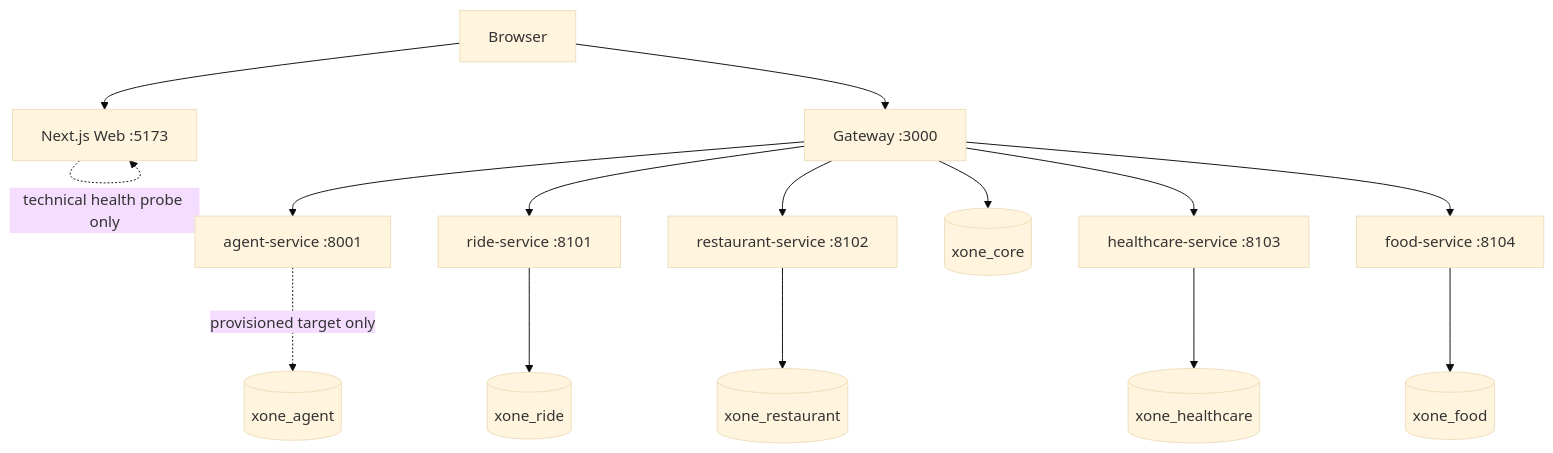
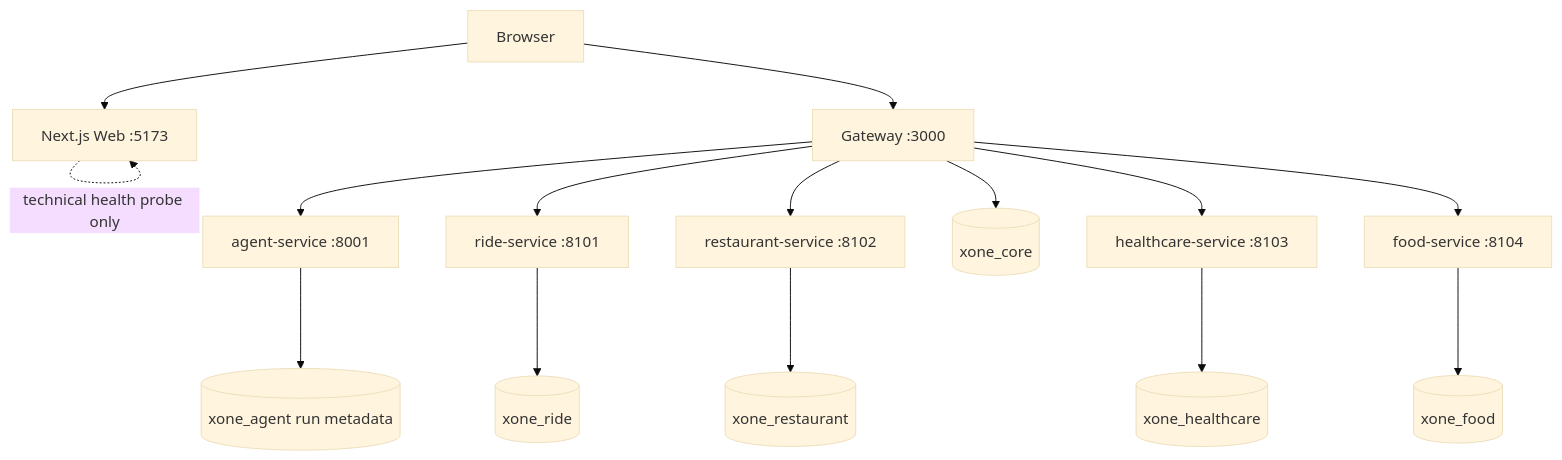
The diagram in docs/architecture/runtime-architecture.md (codecuatai/P-018), drawn with Mermaid (base theme) before and after one commit. The commit also changed other lines of this file and 90 other files, not shown here.

````diff
--- a/docs/architecture/runtime-architecture.md
+++ b/docs/architecture/runtime-architecture.md
@@ -9,17 +9,17 @@
 ```mermaid
 flowchart TB
   Browser --> Web[Next.js Web :5173]
   Browser --> Gateway[Gateway :3000]
   Web -. technical health probe only .-> Web
   Gateway --> Agent[agent-service :8001]
   Gateway --> Ride[ride-service :8101]
   Gateway --> Restaurant[restaurant-service :8102]
   Gateway --> Healthcare[healthcare-service :8103]
   Gateway --> Food[food-service :8104]
   Gateway --> Core[(xone_core)]
-  Agent -. provisioned target only .-> AgentDb[(xone_agent)]
+  Agent --> AgentDb[(xone_agent run metadata)]
   Ride --> RideDb[(xone_ride)]
   Restaurant --> RestaurantDb[(xone_restaurant)]
   Healthcare --> HealthcareDb[(xone_healthcare)]
   Food --> FoodDb[(xone_food)]
 ```
````
